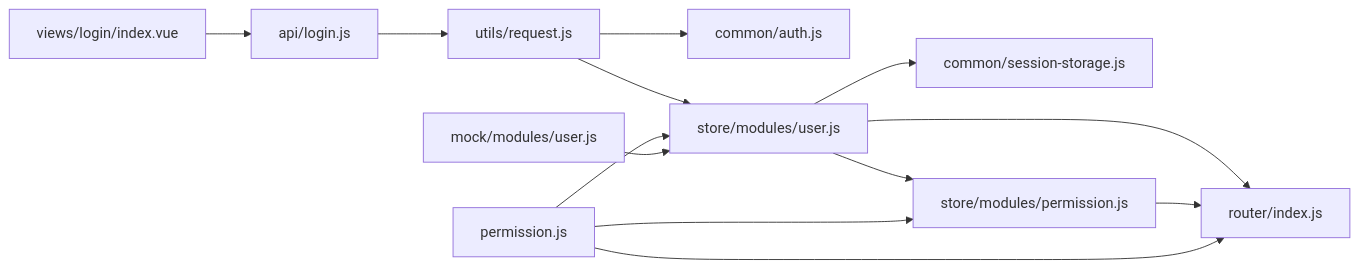
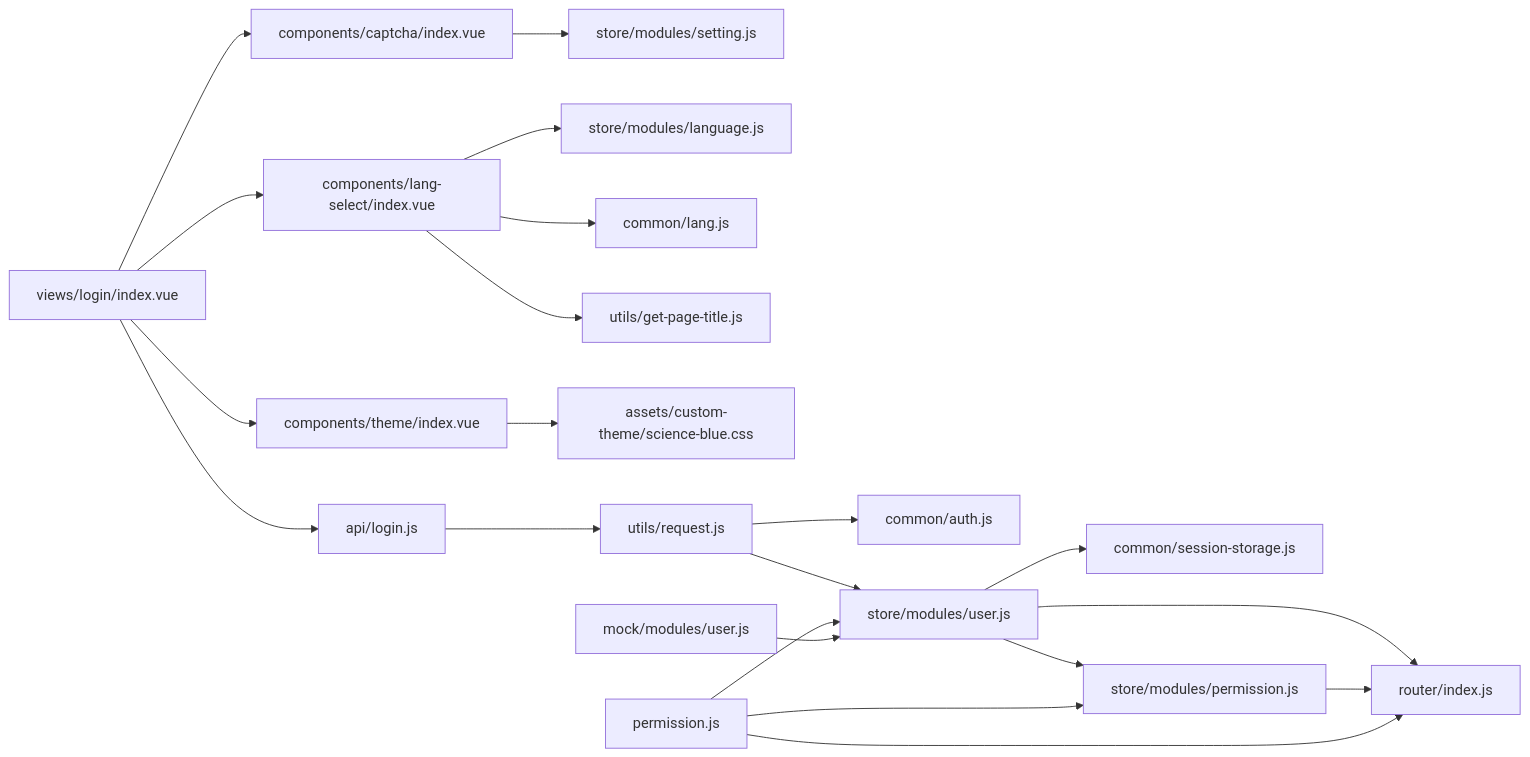
Diagram 11 of 11 in .qoder/repowiki/zh/content/核心功能/用户认证与权限管理.md (Neveryu/vue-cms), drawn with Mermaid before and after one commit. The commit also changed other lines of this file and 25 other files, not shown here.

````diff
--- a/.qoder/repowiki/zh/content/核心功能/用户认证与权限管理.md
+++ b/.qoder/repowiki/zh/content/核心功能/用户认证与权限管理.md
@@ -386,15 +572,23 @@
 ```mermaid
 graph LR
 LoginView["views/login/index.vue"] --> ApiLogin["api/login.js"]
+LoginView --> CaptchaComp["components/captcha/index.vue"]
+LoginView --> LangSelect["components/lang-select/index.vue"]
+LoginView --> ThemeComp["components/theme/index.vue"]
+CaptchaComp --> SettingStore["store/modules/setting.js"]
+LangSelect --> LangStore["store/modules/language.js"]
+LangSelect --> LangUtils["common/lang.js"]
+LangSelect --> GetTitle["utils/get-page-title.js"]
+ThemeComp --> CustomTheme["assets/custom-theme/science-blue.css"]
 ApiLogin --> Request["utils/request.js"]
 Request --> Auth["common/auth.js"]
 Request --> StoreUser["store/modules/user.js"]
 StoreUser --> Session["common/session-storage.js"]
 StoreUser --> RouterIndex["router/index.js"]
 StoreUser --> StorePerm["store/modules/permission.js"]
 StorePerm --> RouterIndex
 PermissionGuard["permission.js"] --> RouterIndex
 PermissionGuard --> StoreUser
 PermissionGuard --> StorePerm
 MockUser["mock/modules/user.js"] --> StoreUser
 ```
````
